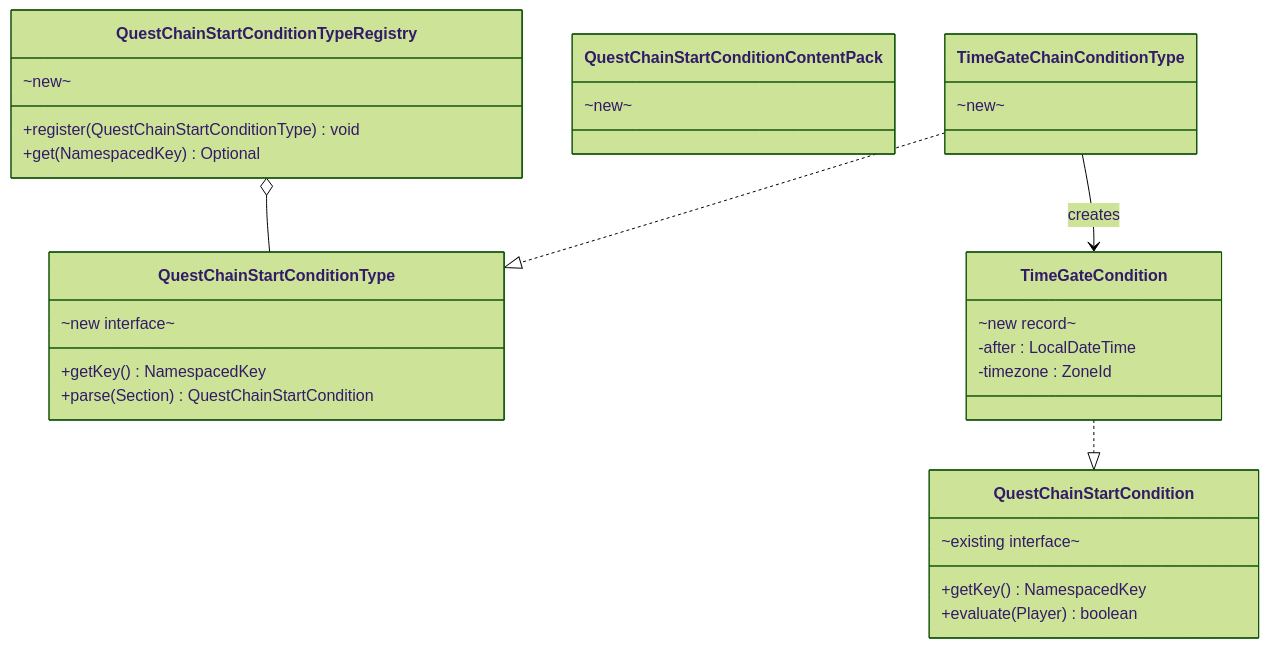
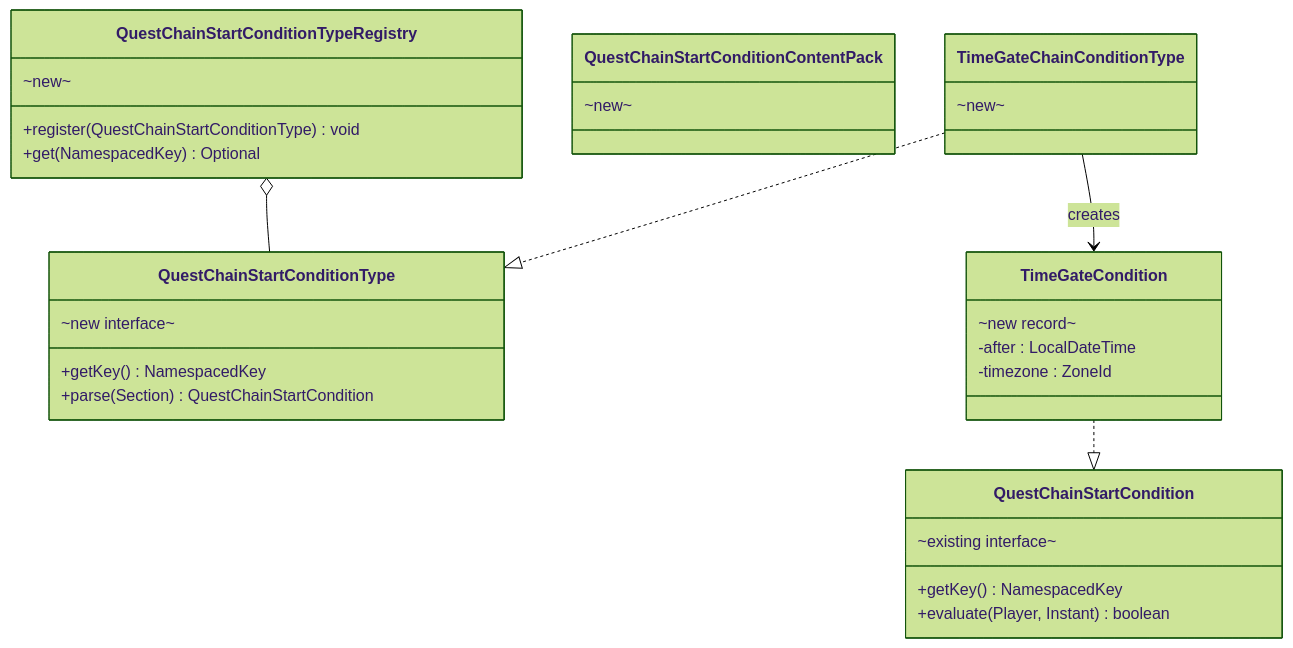
Before and after one commit to DiamondDagger590/McRPG: the third of 3 diagrams in docs/lld/tutorial-quest-system/phase-4-chain-system-backlog.md, drawn with Mermaid (forest theme). The commit also changed other lines of this file, not shown here.

````diff
--- a/docs/lld/tutorial-quest-system/phase-4-chain-system-backlog.md
+++ b/docs/lld/tutorial-quest-system/phase-4-chain-system-backlog.md
@@ -1775,41 +1793,41 @@
 ```mermaid
 classDiagram
     direction TB
 
     class QuestChainStartCondition {
         ~existing interface~
         +getKey() NamespacedKey
-        +evaluate(Player) boolean
+        +evaluate(Player, Instant) boolean
     }
 
     class QuestChainStartConditionType {
         ~new interface~
         +getKey() NamespacedKey
         +parse(Section) QuestChainStartCondition
     }
 
     class QuestChainStartConditionTypeRegistry {
         ~new~
         +register(QuestChainStartConditionType) void
         +get(NamespacedKey) Optional
     }
 
     class QuestChainStartConditionContentPack {
         ~new~
     }
 
     class TimeGateChainConditionType {
         ~new~
     }
 
     class TimeGateCondition {
         ~new record~
         -after : LocalDateTime
         -timezone : ZoneId
     }
 
     TimeGateChainConditionType ..|> QuestChainStartConditionType
     TimeGateCondition ..|> QuestChainStartCondition
     TimeGateChainConditionType --> TimeGateCondition : creates
     QuestChainStartConditionTypeRegistry o-- QuestChainStartConditionType
 ```
````
